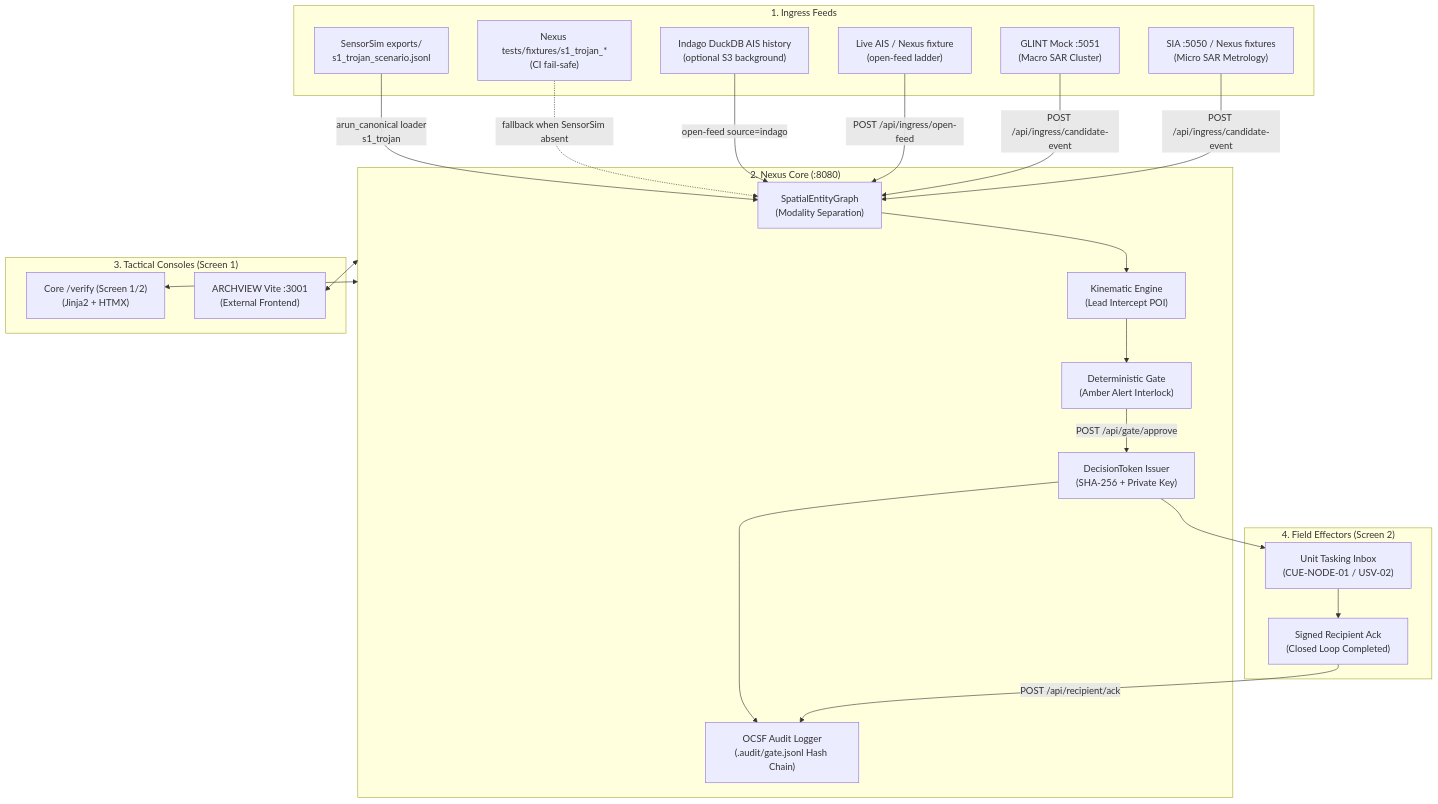
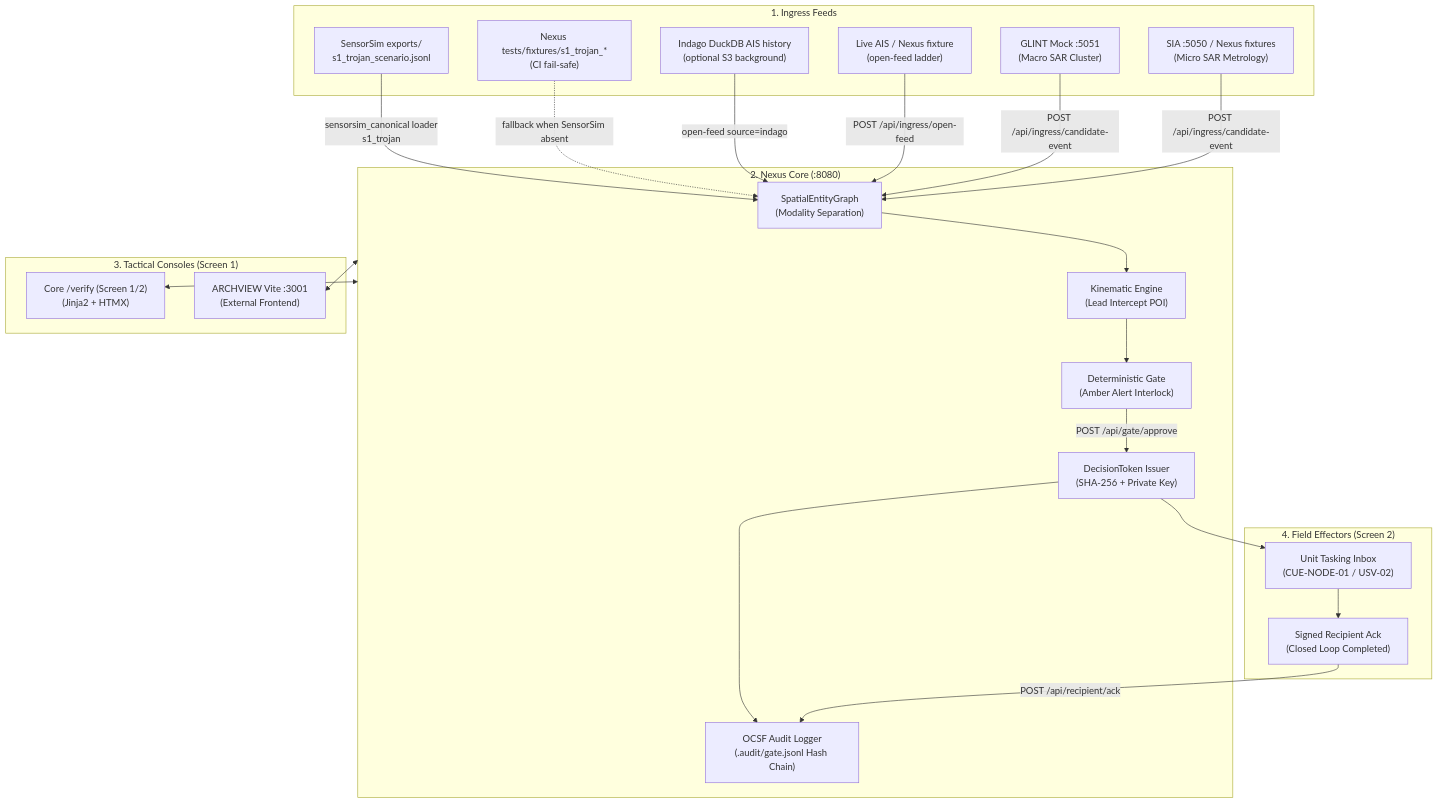
The diagram in docs/verify-e2e.md (edgesentry/sdth-nexus-c2), drawn with Mermaid before and after one commit. The commit also changed other lines of this file and 25 other files, not shown here.

````diff
--- a/docs/verify-e2e.md
+++ b/docs/verify-e2e.md
@@ -68,46 +69,46 @@
 ```mermaid
 flowchart TD
     subgraph IngressFeeds ["1. Ingress Feeds"]
         SENSORSIM["SensorSim exports/<br/>s1_trojan_scenario.jsonl"]
         INDAGO["Indago DuckDB AIS history<br/>(optional S3 background)"]
         AIS["Live AIS / Nexus fixture<br/>(open-feed ladder)"]
         GLINT["GLINT Mock :5051<br/>(Macro SAR Cluster)"]
         SIA["SIA :5050 / Nexus fixtures<br/>(Micro SAR Metrology)"]
         FIX["Nexus tests/fixtures/s1_trojan_*<br/>(CI fail-safe)"]
     end
 
     subgraph C2Core ["2. Nexus Core (:8080)"]
         GRAPH["SpatialEntityGraph<br/>(Modality Separation)"]
         KINEMATICS["Kinematic Engine<br/>(Lead Intercept POI)"]
         GATE["Deterministic Gate<br/>(Amber Alert Interlock)"]
         SEAL["DecisionToken Issuer<br/>(SHA-256 + Private Key)"]
         AUDIT["OCSF Audit Logger<br/>(.audit/gate.jsonl Hash Chain)"]
     end
 
     subgraph Consoles ["3. Tactical Consoles (Screen 1)"]
         VERIFY["Core /verify (Screen 1/2)<br/>(Jinja2 + HTMX)"]
         ARCHVIEW["ARCHVIEW Vite :3001<br/>(External Frontend)"]
     end
 
     subgraph Effectors ["4. Field Effectors (Screen 2)"]
         INBOX["Unit Tasking Inbox<br/>(CUE-NODE-01 / USV-02)"]
         ACK["Signed Recipient Ack<br/>(Closed Loop Completed)"]
     end
 
-    SENSORSIM -->|arun_canonical loader<br/>s1_trojan| GRAPH
+    SENSORSIM -->|sensorsim_canonical loader<br/>s1_trojan| GRAPH
     FIX -.->|fallback when SensorSim absent| GRAPH
     INDAGO -->|open-feed source=indago| GRAPH
     AIS -->|POST /api/ingress/open-feed| GRAPH
     GLINT -->|POST /api/ingress/candidate-event| GRAPH
     SIA -->|POST /api/ingress/candidate-event| GRAPH
     GRAPH --> KINEMATICS
     KINEMATICS --> GATE
     GATE -->|POST /api/gate/approve| SEAL
     SEAL --> AUDIT
     SEAL --> INBOX
     INBOX --> ACK
     ACK -->|POST /api/recipient/ack| AUDIT
 
     C2Core <--> VERIFY
     C2Core <--> ARCHVIEW
 ```
````
